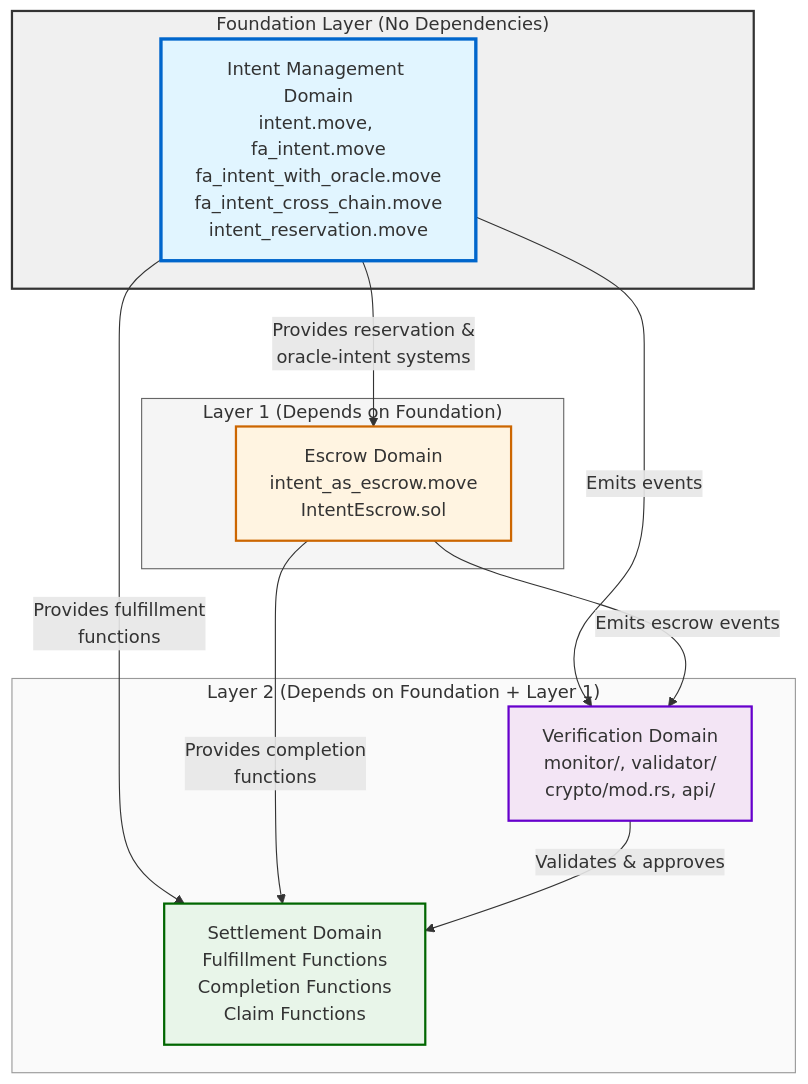
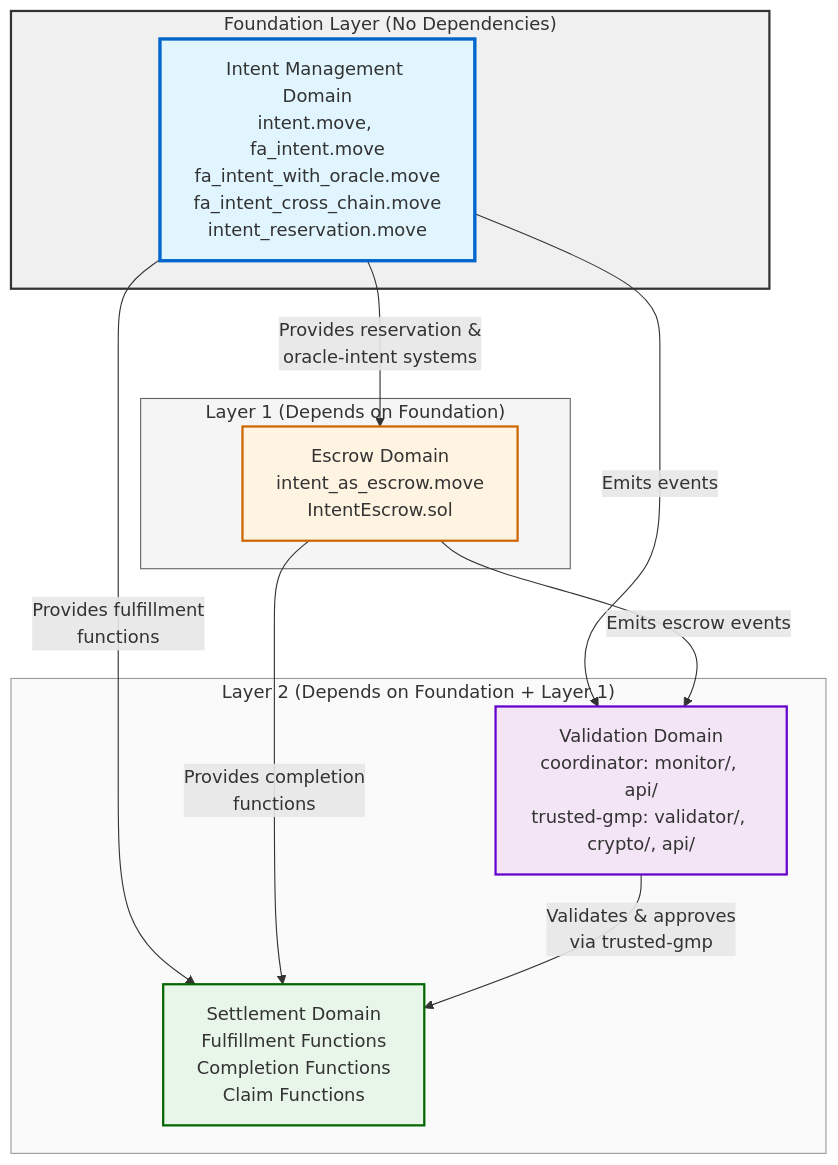
The first of 2 diagrams in docs/architecture/architecture-component-mapping.md (MoveIndustries/int3nts), drawn with Mermaid before and after one commit. The commit also changed other lines of this file and 29 other files, not shown here.

First line of the commit message:
docs: split verifier docs into coordinator and trusted-gmp

````diff
--- a/docs/architecture/architecture-component-mapping.md
+++ b/docs/architecture/architecture-component-mapping.md
@@ -16,30 +16,30 @@
 ```mermaid
 graph TB
     subgraph Foundation["Foundation Layer (No Dependencies)"]
         IM[Intent Management Domain<br/>intent.move, fa_intent.move<br/>fa_intent_with_oracle.move<br/>fa_intent_cross_chain.move<br/>intent_reservation.move]
     end
     
     subgraph Layer1["Layer 1 (Depends on Foundation)"]
         EM[Escrow Domain<br/>intent_as_escrow.move<br/>IntentEscrow.sol]
     end
     
     subgraph Layer2["Layer 2 (Depends on Foundation + Layer 1)"]
         SM[Settlement Domain<br/>Fulfillment Functions<br/>Completion Functions<br/>Claim Functions]
-        VM[Verification Domain<br/>monitor/, validator/<br/>crypto/mod.rs, api/]
+        VM[Validation Domain<br/>coordinator: monitor/, api/<br/>trusted-gmp: validator/, crypto/, api/]
     end
     
     IM -->|Provides reservation &<br/>oracle-intent systems| EM
     IM -->|Provides fulfillment<br/>functions| SM
     IM -->|Emits events| VM
     EM -->|Provides completion<br/>functions| SM
     EM -->|Emits escrow events| VM
-    VM -->|Validates & approves| SM
+    VM -->|Validates & approves<br/>via trusted-gmp| SM
     
-    style IM fill:#e1f5ff,stroke:#0066cc,stroke-width:3px
-    style EM fill:#fff4e1,stroke:#cc6600,stroke-width:2px
-    style SM fill:#e8f5e9,stroke:#006600,stroke-width:2px
-    style VM fill:#f3e5f5,stroke:#6600cc,stroke-width:2px
-    style Foundation fill:#f0f0f0,stroke:#333,stroke-width:2px
-    style Layer1 fill:#f5f5f5,stroke:#666,stroke-width:1px
-    style Layer2 fill:#fafafa,stroke:#999,stroke-width:1px
+    style IM fill:#e1f5ff,stroke:#0066cc,stroke-width:3px,color:#333
+    style EM fill:#fff4e1,stroke:#cc6600,stroke-width:2px,color:#333
+    style SM fill:#e8f5e9,stroke:#006600,stroke-width:2px,color:#333
+    style VM fill:#f3e5f5,stroke:#6600cc,stroke-width:2px,color:#333
+    style Foundation fill:#f0f0f0,stroke:#333,stroke-width:2px,color:#333
+    style Layer1 fill:#f5f5f5,stroke:#666,stroke-width:1px,color:#333
+    style Layer2 fill:#fafafa,stroke:#999,stroke-width:1px,color:#333
 ```
````
